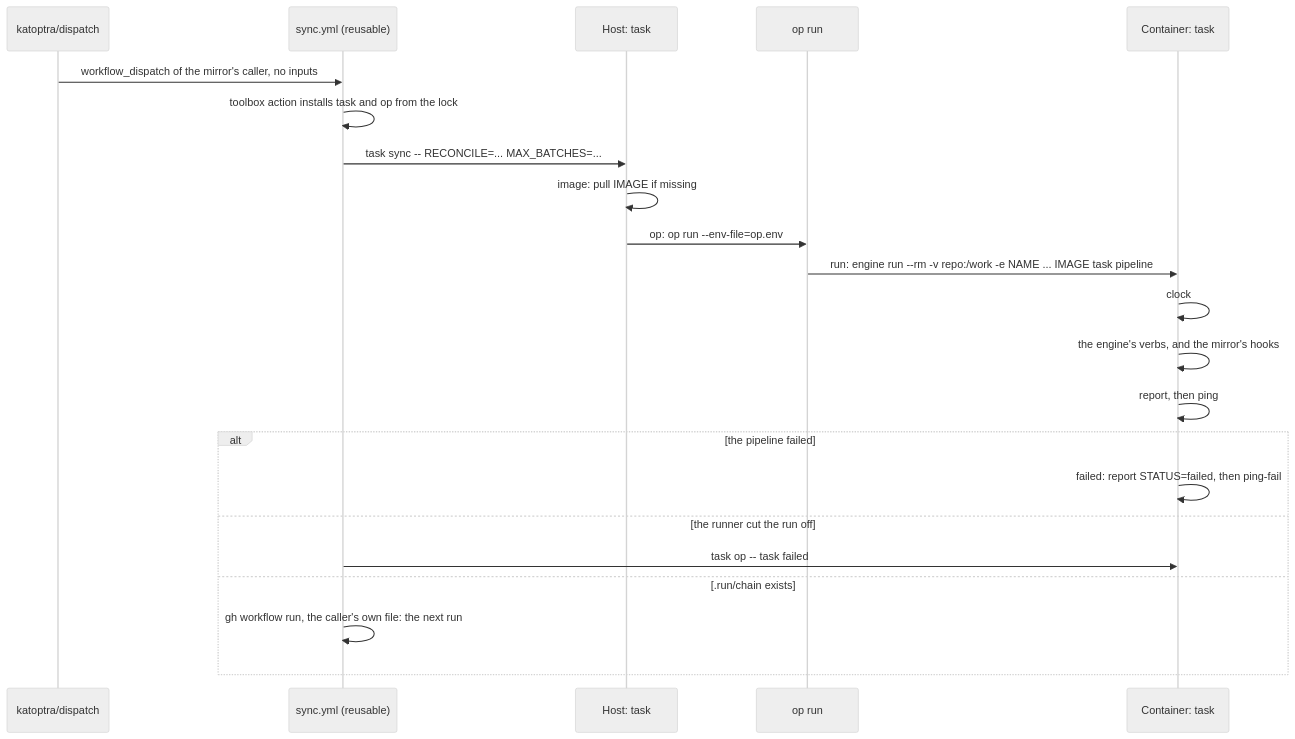
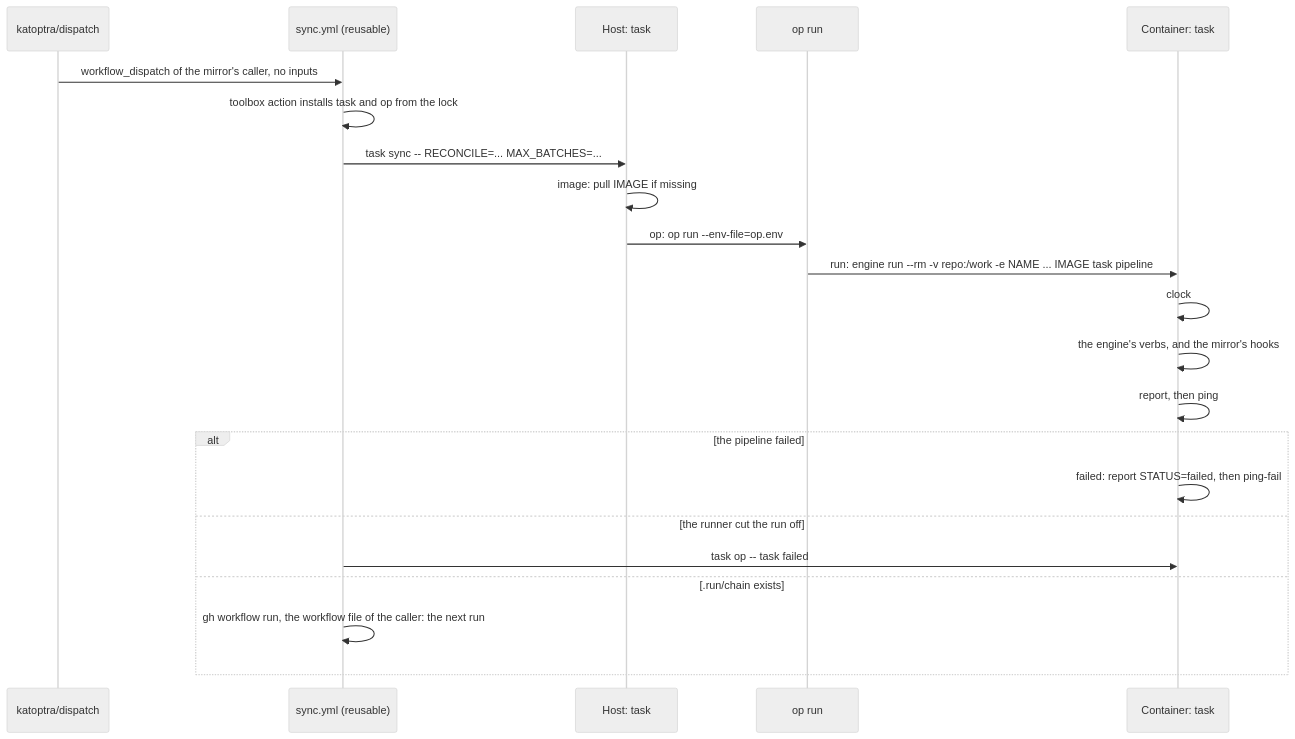
Before and after one commit to katoptra/lib: the third of 12 diagrams in README.md, drawn with Mermaid (neutral theme). The commit also changed other lines of this file, not shown here.

Commit message:
docs(readme): fix the diagram labels and the pin line for STE

````diff
--- a/README.md
+++ b/README.md
@@ -113,24 +113,24 @@
 ```mermaid
 sequenceDiagram
   participant D as katoptra/dispatch
   participant W as sync.yml (reusable)
   participant H as Host: task
   participant O as op run
   participant C as Container: task
   D->>W: workflow_dispatch of the mirror's caller, no inputs
   W->>W: toolbox action installs task and op from the lock
   W->>H: task sync -- RECONCILE=... MAX_BATCHES=...
   H->>H: image: pull IMAGE if missing
   H->>O: op: op run --env-file=op.env
   O->>C: run: engine run --rm -v repo:/work -e NAME ... IMAGE task pipeline
   C->>C: clock
   C->>C: the engine's verbs, and the mirror's hooks
   C->>C: report, then ping
   alt the pipeline failed
     C->>C: failed: report STATUS=failed, then ping-fail
   else the runner cut the run off
     W->>C: task op -- task failed
   else .run/chain exists
-    W->>W: gh workflow run, the caller's own file: the next run
+    W->>W: gh workflow run, the workflow file of the caller: the next run
   end
 ```
````
